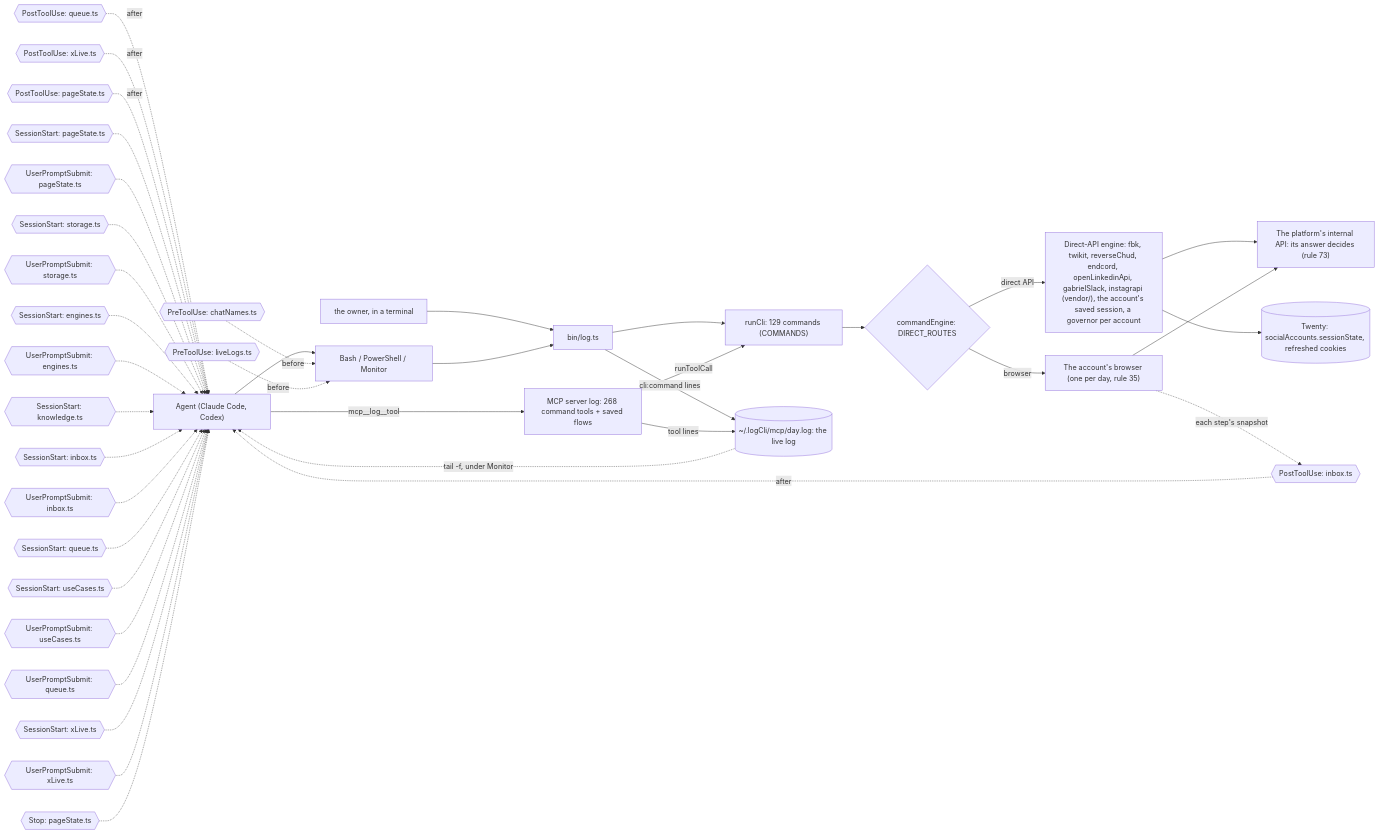
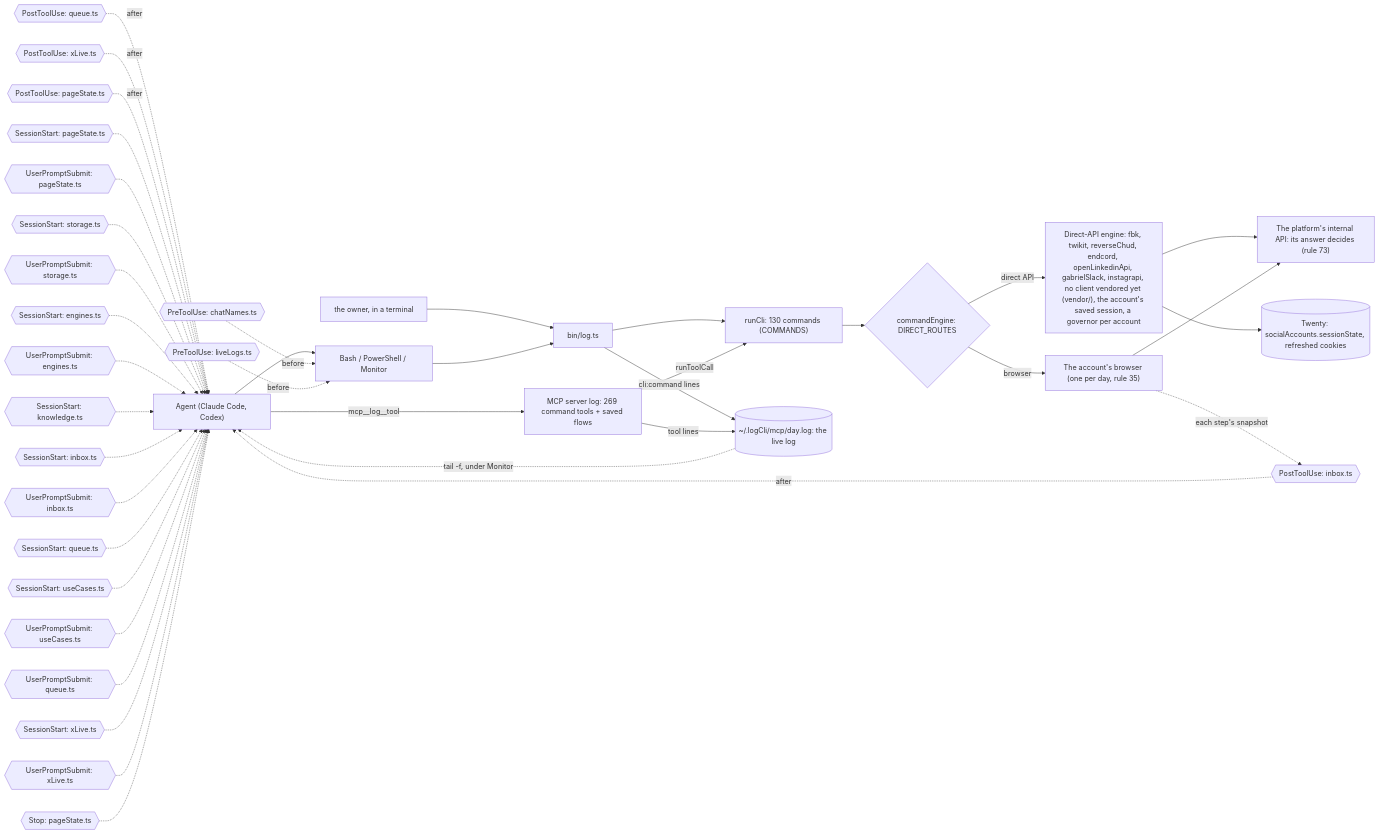
The diagram in docs/diagrams/surface.mmd (aggelos-pappas/log), drawn with Mermaid before and after one commit. The commit also changed 60 other files, not shown here.

Commit message:
feat(tiktok): post and delete flows on TikTok Studio

```diff
--- a/docs/diagrams/surface.mmd
+++ b/docs/diagrams/surface.mmd
@@ -1,53 +1,53 @@
 %% How a call reaches log-cli. From a shell or over MCP, both run the same commands through `runCli`, write the same live log, and pass through the same hooks. `commandEngine` sends each command to the platform's direct API or to the account's browser.
 %% Written by `bun run docs:build` from the code (rule 56). Not edited by hand.
 flowchart LR
   agent["Agent (Claude Code, Codex)"]
   owner["the owner, in a terminal"]
   shell["Bash / PowerShell / Monitor"]
-  mcp["MCP server log: 268 command tools + saved flows"]
+  mcp["MCP server log: 269 command tools + saved flows"]
   bin["bin/log.ts"]
-  runCli["runCli: 129 commands (COMMANDS)"]
+  runCli["runCli: 130 commands (COMMANDS)"]
   live[("~/.logCli/mcp/day.log: the live log")]
   engine{"commandEngine: DIRECT_ROUTES"}
-  direct["Direct-API engine: fbk, twikit, reverseChud, endcord, openLinkedinApi, gabrielSlack, instagrapi (vendor/), the account's saved session, a governor per account"]
+  direct["Direct-API engine: fbk, twikit, reverseChud, endcord, openLinkedinApi, gabrielSlack, instagrapi, no client vendored yet (vendor/), the account's saved session, a governor per account"]
   browser["The account's browser (one per day, rule 35)"]
   api["The platform's internal API: its answer decides (rule 73)"]
   twenty[("Twenty: socialAccounts.sessionState, refreshed cookies")]
   agent --> shell
   owner --> bin
   shell --> bin
   agent -->|mcp__log__tool| mcp
   bin --> runCli
   mcp -->|runToolCall| runCli
   runCli --> engine
   engine -->|direct API| direct
   engine -->|browser| browser
   direct --> api
   browser --> api
   direct --> twenty
   bin -->|cli:command lines| live
   mcp -->|tool lines| live
   live -.->|tail -f, under Monitor| agent
   pre0{{"PreToolUse: chatNames.ts"}} -.->|before| shell
   pre1{{"PreToolUse: liveLogs.ts"}} -.->|before| shell
   post0{{"PostToolUse: inbox.ts"}} -.->|after| agent
   post1{{"PostToolUse: queue.ts"}} -.->|after| agent
   post2{{"PostToolUse: xLive.ts"}} -.->|after| agent
   post3{{"PostToolUse: pageState.ts"}} -.->|after| agent
   turn0{{"SessionStart: pageState.ts"}} -.-> agent
   turn1{{"UserPromptSubmit: pageState.ts"}} -.-> agent
   turn2{{"SessionStart: storage.ts"}} -.-> agent
   turn3{{"UserPromptSubmit: storage.ts"}} -.-> agent
   turn4{{"SessionStart: engines.ts"}} -.-> agent
   turn5{{"UserPromptSubmit: engines.ts"}} -.-> agent
   turn6{{"SessionStart: knowledge.ts"}} -.-> agent
   turn7{{"SessionStart: inbox.ts"}} -.-> agent
   turn8{{"UserPromptSubmit: inbox.ts"}} -.-> agent
   turn9{{"SessionStart: queue.ts"}} -.-> agent
   turn10{{"SessionStart: useCases.ts"}} -.-> agent
   turn11{{"UserPromptSubmit: useCases.ts"}} -.-> agent
   turn12{{"UserPromptSubmit: queue.ts"}} -.-> agent
   turn13{{"SessionStart: xLive.ts"}} -.-> agent
   turn14{{"UserPromptSubmit: xLive.ts"}} -.-> agent
   turn15{{"Stop: pageState.ts"}} -.-> agent
   browser -.->|each step's snapshot| post0
```
